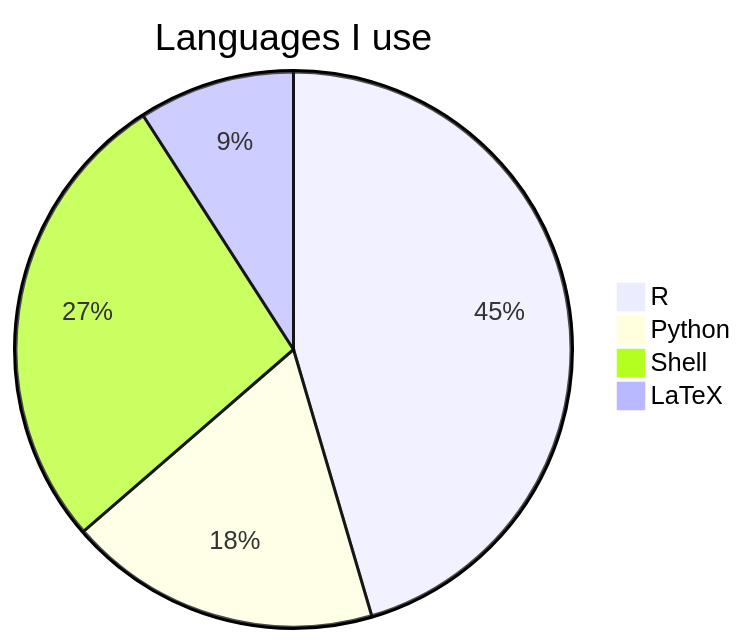
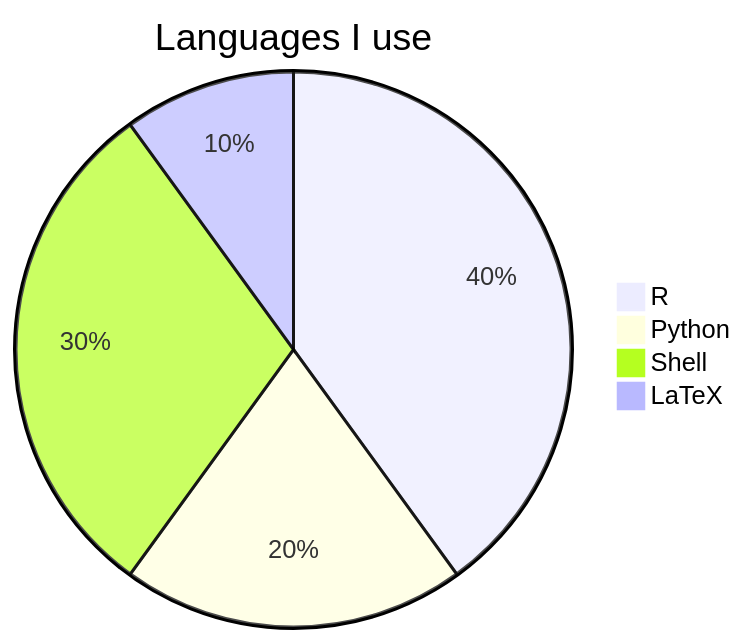
Before and after one commit to alexchaichan/alexchaichan: the diagram in README.md, drawn with Mermaid.

````diff
--- a/README.md
+++ b/README.md
@@ -1,8 +1,8 @@
 ```mermaid
 pie
     title Languages I use
-    "R" : 5
+    "R" : 4
     "Python" : 2
     "Shell" : 3 
     "LaTeX" : 1
 ```
````
